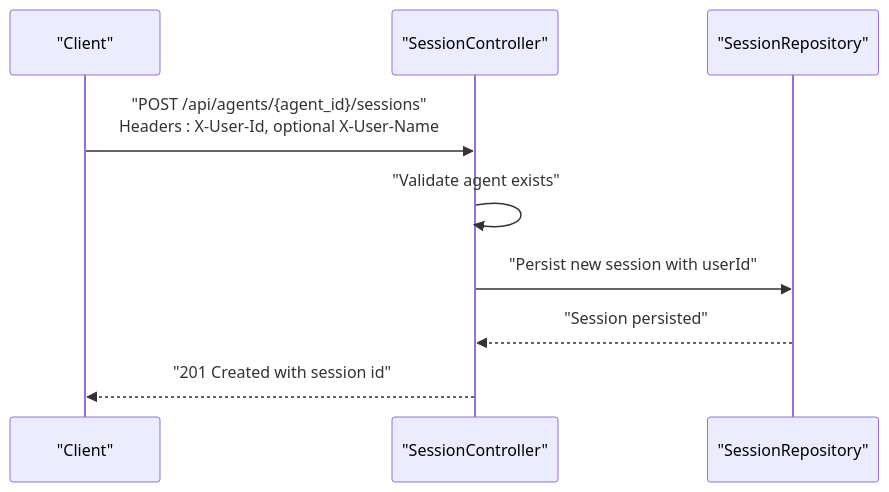
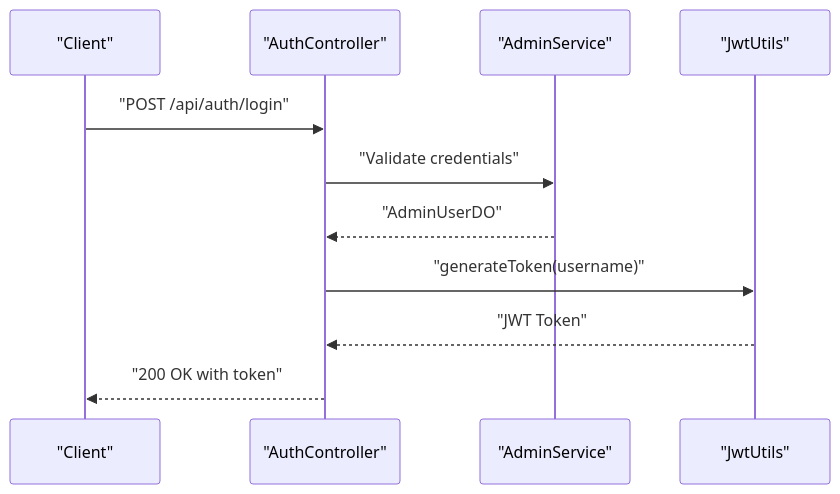
The second of 8 diagrams in .qoder/repowiki/en/content/API Reference/Authentication and Authorization.md (alibaba/tron-one-agent), drawn with Mermaid before and after one commit. The commit also changed other lines of this file and 13 other files, not shown here.

````diff
--- a/.qoder/repowiki/en/content/API Reference/Authentication and Authorization.md
+++ b/.qoder/repowiki/en/content/API Reference/Authentication and Authorization.md
@@ -94,11 +117,13 @@
 ```mermaid
 sequenceDiagram
 participant Client as "Client"
-participant Controller as "SessionController"
-participant Repo as "SessionRepository"
-Client->>Controller : "POST /api/agents/{agent_id}/sessions"<br/>Headers : X-User-Id, optional X-User-Name
-Controller->>Controller : "Validate agent exists"
-Controller->>Repo : "Persist new session with userId"
-Repo-->>Controller : "Session persisted"
-Controller-->>Client : "201 Created with session id"
+participant Auth as "AuthController"
+participant Service as "AdminService"
+participant JWT as "JwtUtils"
+Client->>Auth : "POST /api/auth/login"
+Auth->>Service : "Validate credentials"
+Service-->>Auth : "AdminUserDO"
+Auth->>JWT : "generateToken(username)"
+JWT-->>Auth : "JWT Token"
+Auth-->>Client : "200 OK with token"
 ```
````
